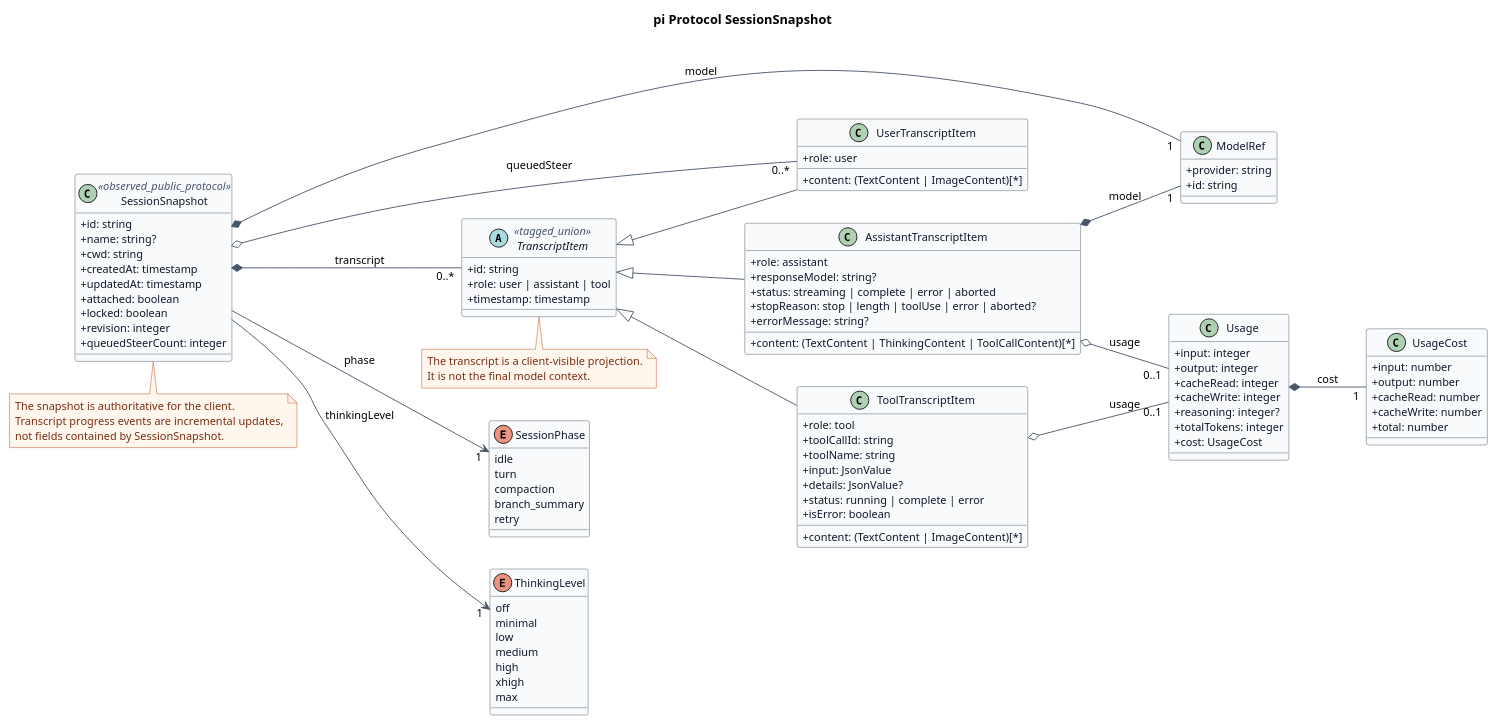
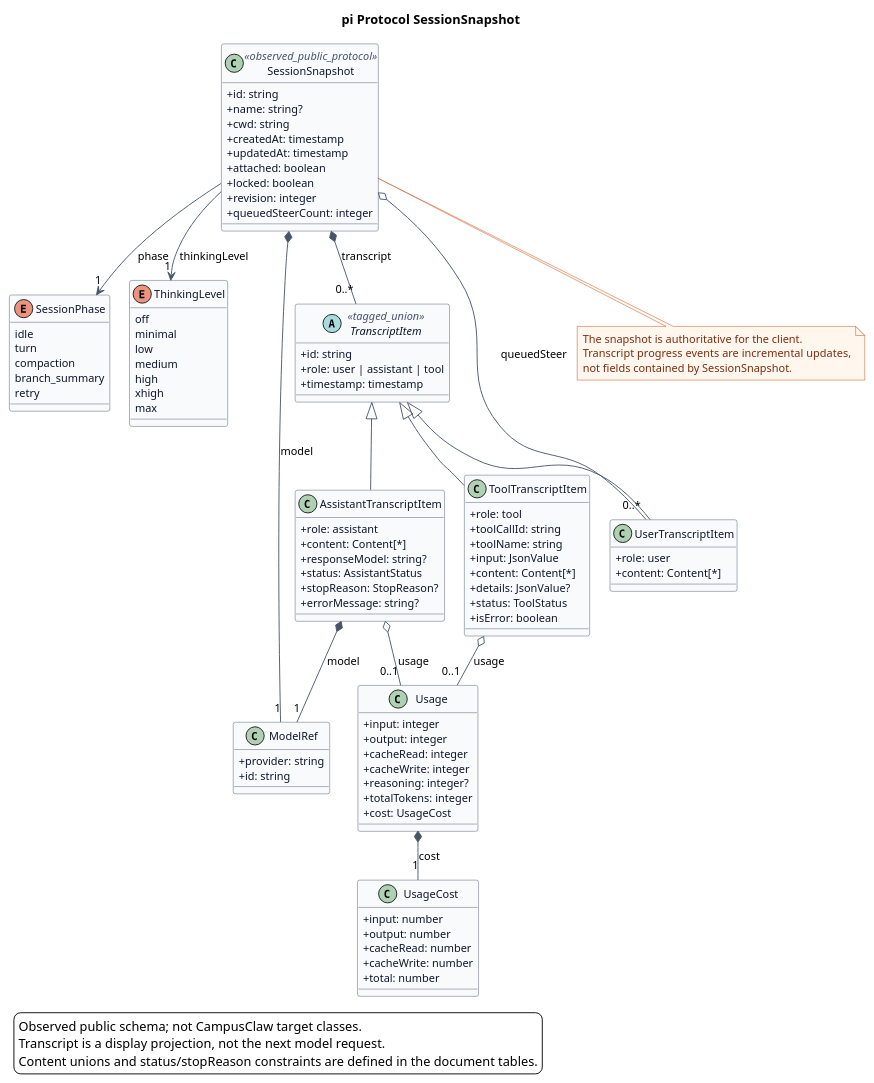
The diagram in 05-研究资料/04-pi会话快照/diagram.puml (ssm0808/pi-mono-java-design), drawn with PlantUML before and after one commit. The commit also changed 212 other files, not shown here.

Commit message:
docs(design): 精简模块文档并重排全仓设计图

```diff
--- a/05-研究资料/04-pi会话快照/diagram.puml
+++ b/05-研究资料/04-pi会话快照/diagram.puml
@@ -1,148 +1,152 @@
 @startuml pi_protocol_session_snapshot
 title pi Protocol SessionSnapshot
 
 ' Source evidence (pi-mono 086c32e74530564922d011ade23ff582c9d63116):
 ' packages/protocol/src/schemas.ts, ThinkingLevelSchema, lines 26-35
 ' packages/protocol/src/schemas.ts, SessionPhaseSchema, lines 38-45
 ' packages/protocol/src/schemas.ts, ModelRefSchema, lines 47-51
 ' packages/protocol/src/schemas.ts, UsageSchema, lines 96-118
 ' packages/protocol/src/schemas.ts, transcript item schemas, lines 120-199
 ' packages/protocol/src/schemas.ts, SessionSnapshotSchema, lines 241-258
 ' packages/server/src/sessions.ts, normalizedSnapshot, forConnection, and broadcastSnapshot,
 ' lines 276-304
 ' Observed behavior: the protocol snapshot is the authoritative client-visible state.
 ' Observed behavior: transcript can contain streaming assistant and running tool items.
 ' Observed behavior: attached is connection-relative and the server live-session layer sets locked.
 ' Design reason: this diagram intentionally excludes Agent Harness internals, pi-mono-java,
 ' CampusClaw target types, persistence records, and HTTP response models.
 
-left to right direction
+top to bottom direction
+skinparam nodesep 22
+skinparam ranksep 35
+skinparam packageStyle rectangle
 skinparam backgroundColor #FFFFFF
 skinparam shadowing false
 skinparam defaultFontName Arial
 skinparam defaultFontSize 12
 skinparam classAttributeIconSize 0
 skinparam class {
   BackgroundColor #F8FAFC
   BorderColor #475569
   ArrowColor #475569
   FontColor #0F172A
   AttributeFontColor #0F172A
   StereotypeFontColor #475569
 }
 skinparam note {
   BackgroundColor #FFF7ED
   BorderColor #C2410C
   FontColor #7C2D12
 }
 skinparam ArrowColor #475569
 
 class SessionSnapshot <<observed_public_protocol>> {
   +id: string
   +name: string?
   +cwd: string
   +createdAt: timestamp
   +updatedAt: timestamp
   +attached: boolean
   +locked: boolean
   +revision: integer
   +queuedSteerCount: integer
 }
 
 enum SessionPhase {
   idle
   turn
   compaction
   branch_summary
   retry
 }
 
 enum ThinkingLevel {
   off
   minimal
   low
   medium
   high
   xhigh
   max
 }
 
 class ModelRef {
   +provider: string
   +id: string
 }
 
 abstract class TranscriptItem <<tagged_union>> {
   +id: string
   +role: user | assistant | tool
   +timestamp: timestamp
 }
 
 class UserTranscriptItem {
   +role: user
-  +content: (TextContent | ImageContent)[*]
+  +content: Content[*]
 }
 
 class AssistantTranscriptItem {
   +role: assistant
-  +content: (TextContent | ThinkingContent | ToolCallContent)[*]
+  +content: Content[*]
   +responseModel: string?
-  +status: streaming | complete | error | aborted
-  +stopReason: stop | length | toolUse | error | aborted?
+  +status: AssistantStatus
+  +stopReason: StopReason?
   +errorMessage: string?
 }
 
 class ToolTranscriptItem {
   +role: tool
   +toolCallId: string
   +toolName: string
   +input: JsonValue
-  +content: (TextContent | ImageContent)[*]
+  +content: Content[*]
   +details: JsonValue?
-  +status: running | complete | error
+  +status: ToolStatus
   +isError: boolean
 }
 
 class Usage {
   +input: integer
   +output: integer
   +cacheRead: integer
   +cacheWrite: integer
   +reasoning: integer?
   +totalTokens: integer
   +cost: UsageCost
 }
 
 class UsageCost {
   +input: number
   +output: number
   +cacheRead: number
   +cacheWrite: number
   +total: number
 }
 
 TranscriptItem <|-- UserTranscriptItem
 TranscriptItem <|-- AssistantTranscriptItem
 TranscriptItem <|-- ToolTranscriptItem
 
 SessionSnapshot --> "1" SessionPhase : phase
 SessionSnapshot --> "1" ThinkingLevel : thinkingLevel
 SessionSnapshot *-- "1" ModelRef : model
 SessionSnapshot *-- "0..*" TranscriptItem : transcript
 SessionSnapshot o-- "0..*" UserTranscriptItem : queuedSteer
 AssistantTranscriptItem *-- "1" ModelRef : model
 AssistantTranscriptItem o-- "0..1" Usage : usage
 ToolTranscriptItem o-- "0..1" Usage : usage
 Usage *-- "1" UsageCost : cost
 
 note bottom of SessionSnapshot
 The snapshot is authoritative for the client.
 Transcript progress events are incremental updates,
 not fields contained by SessionSnapshot.
 end note
 
-note bottom of TranscriptItem
-The transcript is a client-visible projection.
-It is not the final model context.
-end note
+legend bottom left
+Observed public schema; not CampusClaw target classes.
+Transcript is a display projection, not the next model request.
+Content unions and status/stopReason constraints are defined in the document tables.
+endlegend
 @enduml
```
